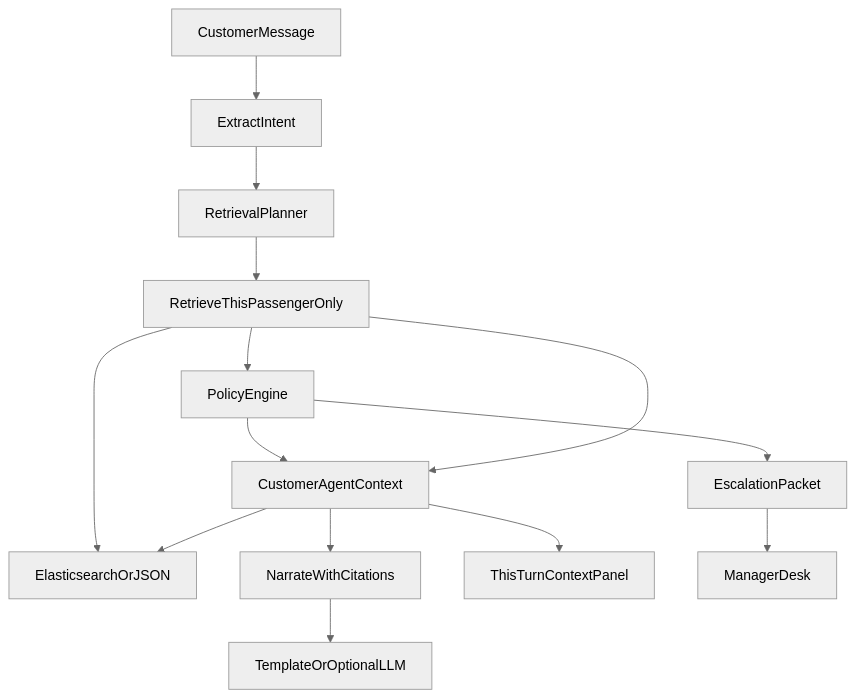
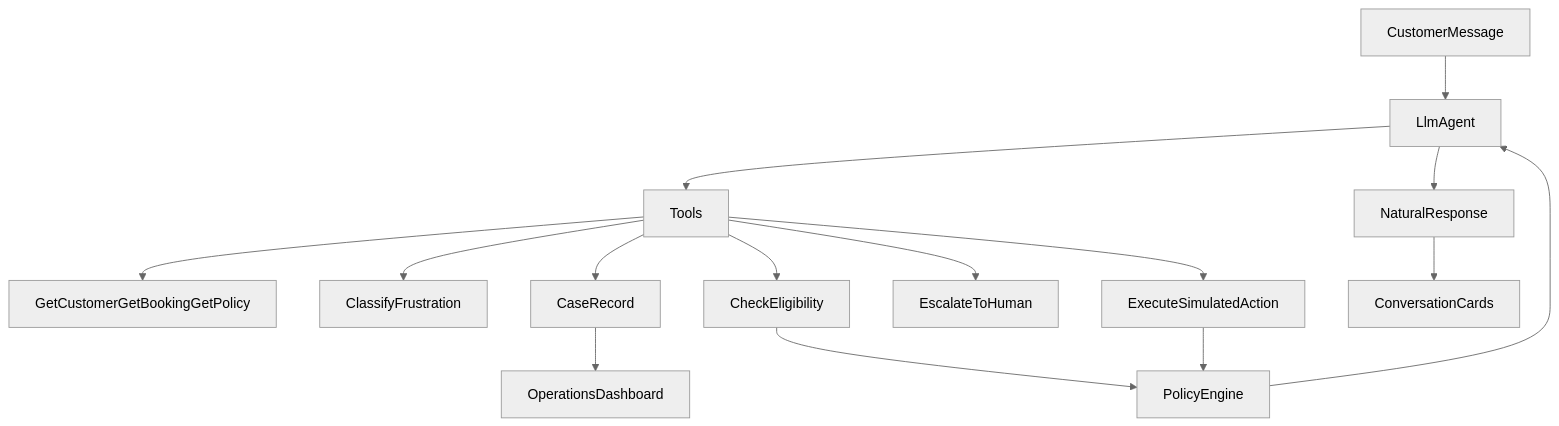
The diagram in docs/architecture.md (manish011003/CustomerFacingAgent), drawn with Mermaid (neutral theme) before and after one commit. The commit also changed other lines of this file and 97 other files, not shown here.

First line of the commit message:
Make the LLM an orchestrator over deterministic tools, with a staff ops surface

````diff
--- a/docs/architecture.md
+++ b/docs/architecture.md
@@ -5,16 +7,17 @@
 ```mermaid
 flowchart TD
-  msg[CustomerMessage] --> extract[ExtractIntent]
-  extract --> plan[RetrievalPlanner]
-  plan --> retrieve[RetrieveThisPassengerOnly]
-  retrieve --> kb[ElasticsearchOrJSON]
-  retrieve --> engine[PolicyEngine]
-  engine --> packet[CustomerAgentContext]
-  retrieve --> packet
-  packet --> narrate[NarrateWithCitations]
-  narrate --> reply[TemplateOrOptionalLLM]
-  packet --> ui[ThisTurnContextPanel]
-  packet --> kb
-  engine --> case[EscalationPacket]
-  case --> desk[ManagerDesk]
+  msg[CustomerMessage] --> llm[LlmAgent]
+  llm --> tools[Tools]
+  tools --> lookup[GetCustomerGetBookingGetPolicy]
+  tools --> mood[ClassifyFrustration]
+  tools --> gate[CheckEligibility]
+  tools --> act[ExecuteSimulatedAction]
+  tools --> esc[EscalateToHuman]
+  gate --> engine[PolicyEngine]
+  act --> engine
+  engine --> llm
+  llm --> reply[NaturalResponse]
+  tools --> case[CaseRecord]
+  case --> desk[OperationsDashboard]
+  reply --> ui[ConversationCards]
 ```
````
